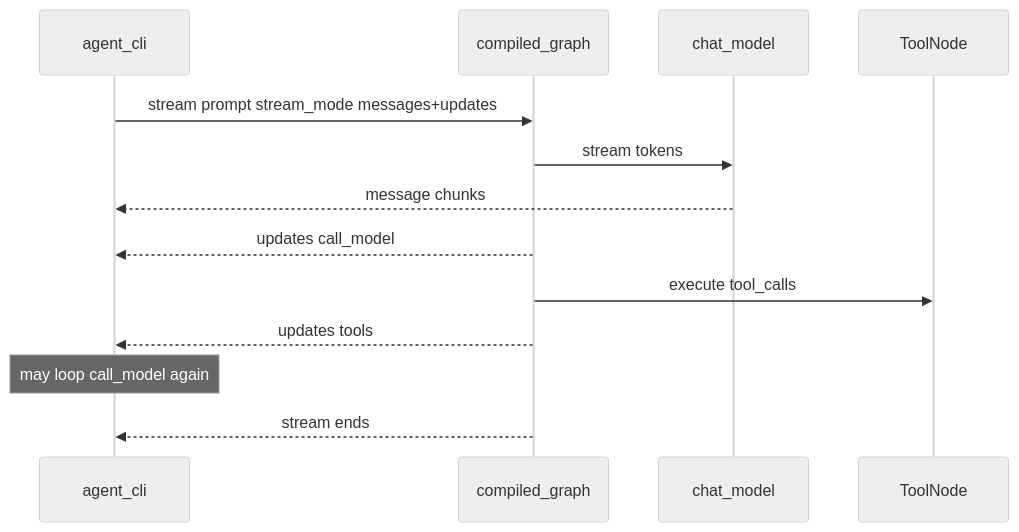
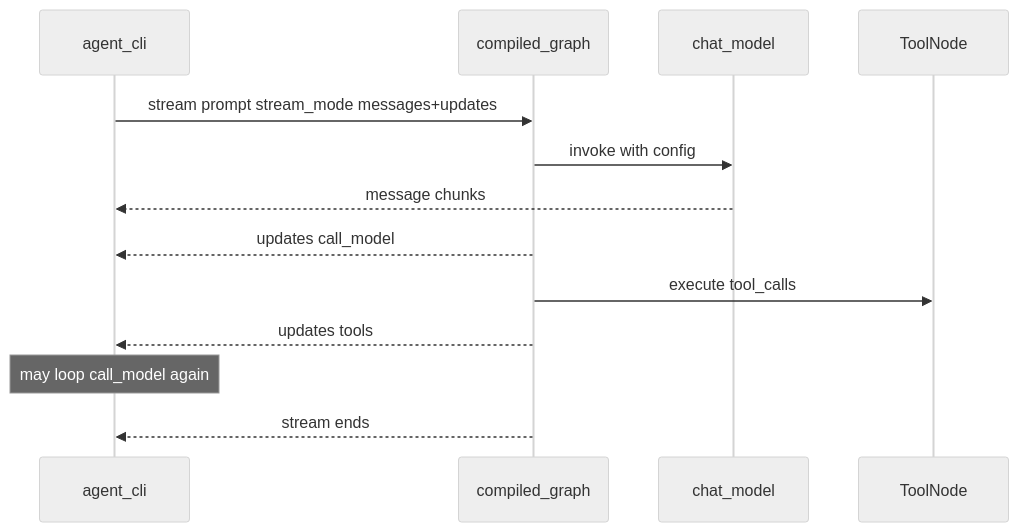
Before and after one commit to CharlotteYW/mini-claude-code: the second of 4 diagrams in docs/milestones/M6-streaming-cli.md, drawn with Mermaid (neutral theme). The commit also changed other lines of this file and 14 other files, not shown here.

````diff
--- a/docs/milestones/M6-streaming-cli.md
+++ b/docs/milestones/M6-streaming-cli.md
@@ -65,15 +66,15 @@
 ```mermaid
 sequenceDiagram
   participant CLI as agent_cli
   participant Graph as compiled_graph
   participant LLM as chat_model
   participant Tools as ToolNode
   CLI->>Graph: stream prompt stream_mode messages+updates
-  Graph->>LLM: stream tokens
+  Graph->>LLM: invoke with config
   LLM-->>CLI: message chunks
   Graph-->>CLI: updates call_model
   Graph->>Tools: execute tool_calls
   Graph-->>CLI: updates tools
   Note over CLI: may loop call_model again
   Graph-->>CLI: stream ends
 ```
````
